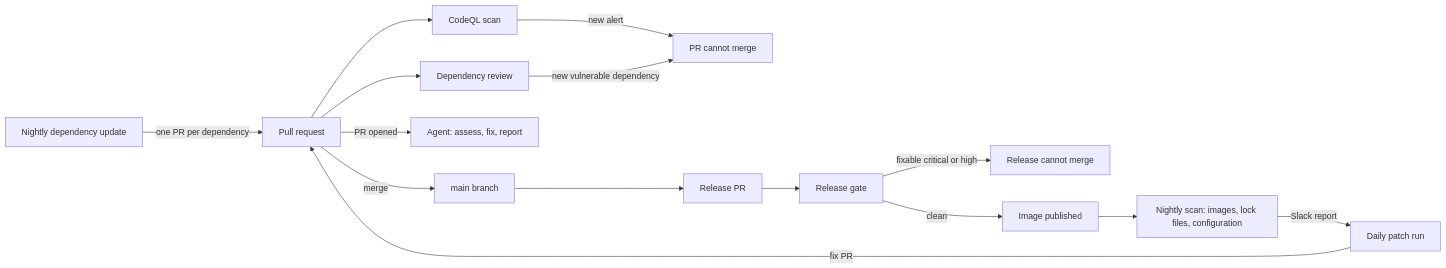
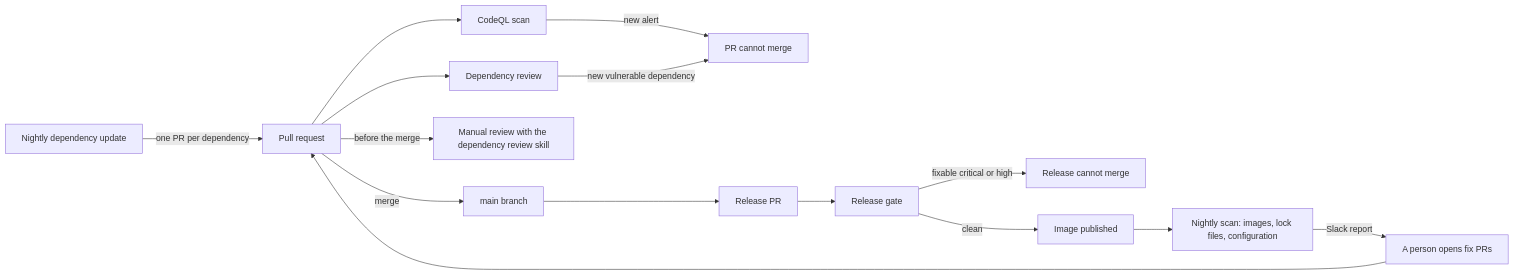
The diagram in SECURITY-PROCESS.md (Unique-AG/connectors), drawn with Mermaid before and after one commit. The commit also changed other lines of this file and 4 other files, not shown here.

Commit message:
docs(main): describe a manual dependency review and drop the agent run and the patch automation

````diff
--- a/SECURITY-PROCESS.md
+++ b/SECURITY-PROCESS.md
@@ -12,17 +12,17 @@
 ```mermaid
 flowchart LR
   pr[Pull request] --> codeql[CodeQL scan]
   pr --> review[Dependency review]
   codeql -->|new alert| prStop[PR cannot merge]
   review -->|new vulnerable dependency| prStop
   nightlyUpdate[Nightly dependency update] -->|one PR per dependency| pr
-  pr -->|PR opened| agent[Agent: assess, fix, report]
+  pr -->|before the merge| manual[Manual review with the dependency review skill]
   pr -->|merge| main[main branch]
   main --> releasePr[Release PR]
   releasePr --> gate[Release gate]
   gate -->|fixable critical or high| relStop[Release cannot merge]
   gate -->|clean| published[Image published]
   published --> nightlyScan["Nightly scan: images, lock files, configuration"]
-  nightlyScan -->|Slack report| patchRun[Daily patch run]
-  patchRun -->|fix PR| pr
+  nightlyScan -->|Slack report| person[A person opens fix PRs]
+  person --> pr
 ```
````
